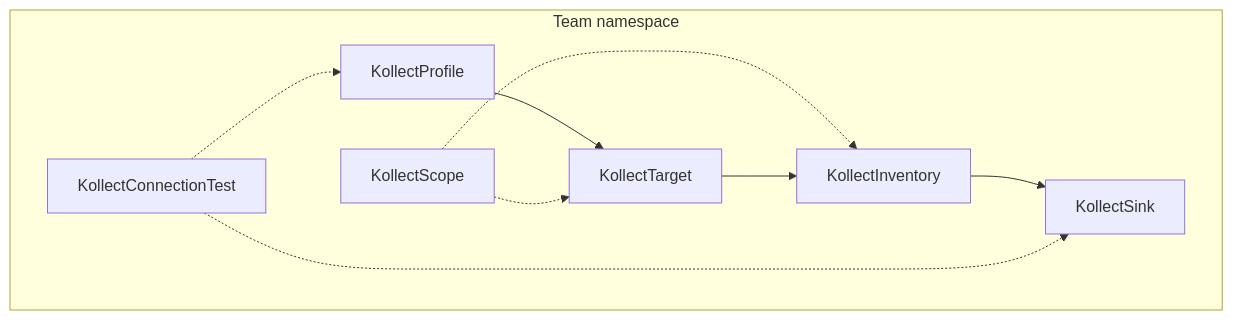
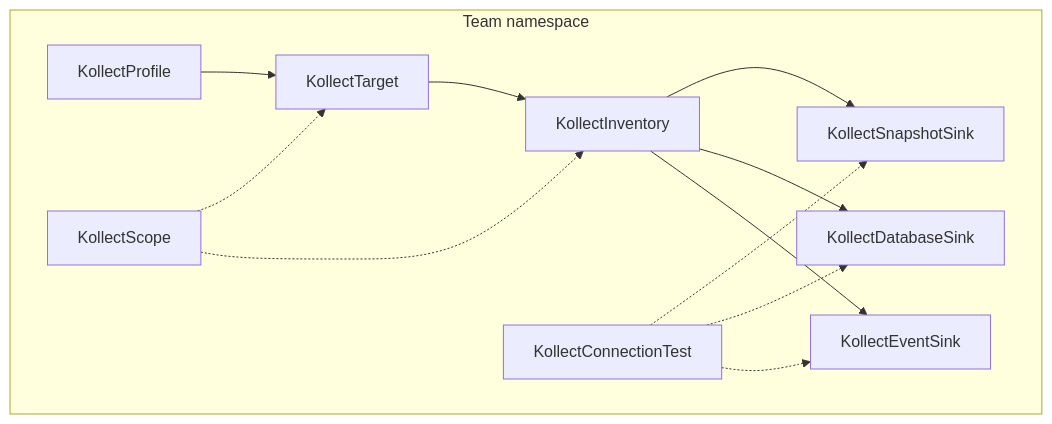
Before and after one commit to PlatformRelay/Kollect: the diagram in docs/PLATFORM-DECISIONS.md, drawn with Mermaid. The commit also changed other lines of this file and 8 other files, not shown here.

````diff
--- a/docs/PLATFORM-DECISIONS.md
+++ b/docs/PLATFORM-DECISIONS.md
@@ -187,19 +187,24 @@
 ```mermaid
 flowchart TD
   subgraph teamNs [Team namespace]
     Prof[KollectProfile]
-    Sink[KollectSink]
+    Snap[KollectSnapshotSink]
+    Db[KollectDatabaseSink]
+    Ev[KollectEventSink]
     Scope[KollectScope]
     Tgt[KollectTarget]
     Inv[KollectInventory]
     ConnTest[KollectConnectionTest]
   end
 
   Prof --> Tgt
   Scope -.-> Tgt
   Scope -.-> Inv
   Tgt --> Inv
-  Inv --> Sink
-  ConnTest -.-> Sink
-  ConnTest -.-> Prof
+  Inv --> Snap
+  Inv --> Db
+  Inv --> Ev
+  ConnTest -.-> Snap
+  ConnTest -.-> Db
+  ConnTest -.-> Ev
 ```
````
